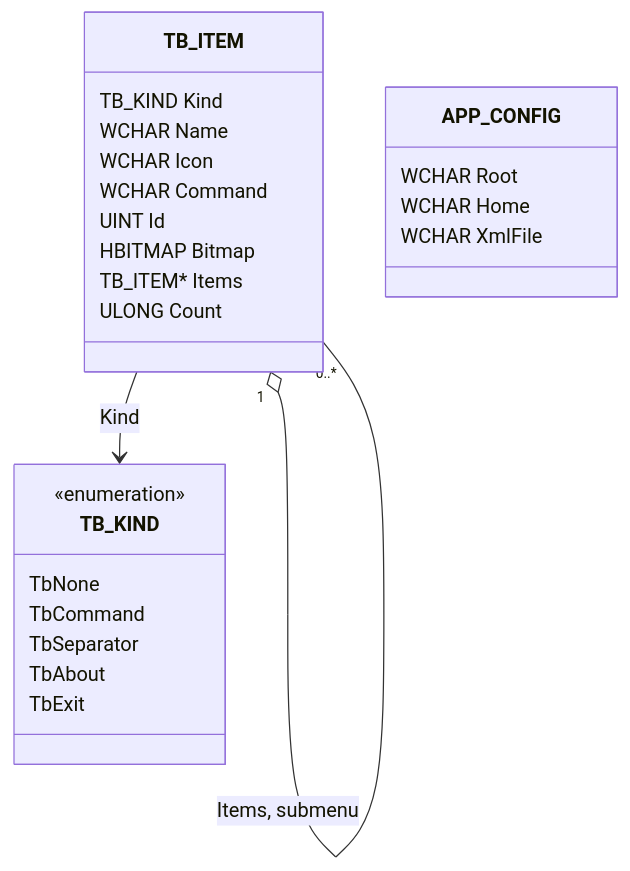
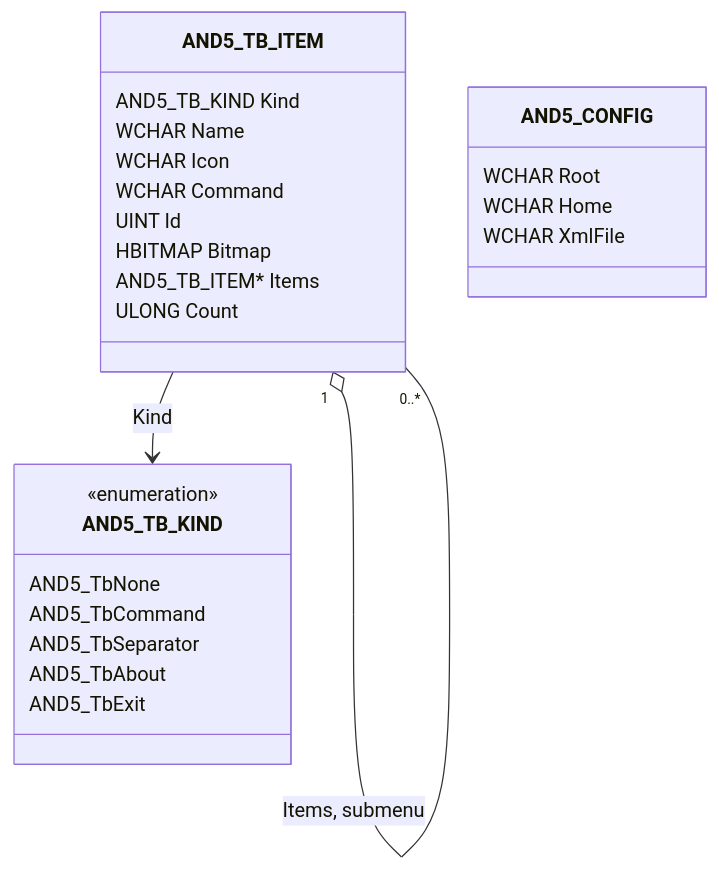
Before and after one commit to AndreyNaralchuk/AND5_Toolbar_Runner: the third of 3 diagrams in README.md, drawn with Mermaid. The commit also changed other lines of this file and 10 other files, not shown here.

````diff
--- a/README.md
+++ b/README.md
@@ -242,28 +242,28 @@
 ```mermaid
 classDiagram
-    class TB_ITEM {
-        TB_KIND Kind
+    class AND5_TB_ITEM {
+        AND5_TB_KIND Kind
         WCHAR Name
         WCHAR Icon
         WCHAR Command
         UINT Id
         HBITMAP Bitmap
-        TB_ITEM* Items
+        AND5_TB_ITEM* Items
         ULONG Count
     }
-    class TB_KIND {
+    class AND5_TB_KIND {
         <<enumeration>>
-        TbNone
-        TbCommand
-        TbSeparator
-        TbAbout
-        TbExit
+        AND5_TbNone
+        AND5_TbCommand
+        AND5_TbSeparator
+        AND5_TbAbout
+        AND5_TbExit
     }
-    class APP_CONFIG {
+    class AND5_CONFIG {
         WCHAR Root
         WCHAR Home
         WCHAR XmlFile
     }
-    TB_ITEM --> TB_KIND : Kind
-    TB_ITEM "1" o-- "0..*" TB_ITEM : Items, submenu
+    AND5_TB_ITEM --> AND5_TB_KIND : Kind
+    AND5_TB_ITEM "1" o-- "0..*" AND5_TB_ITEM : Items, submenu
 ```
````
